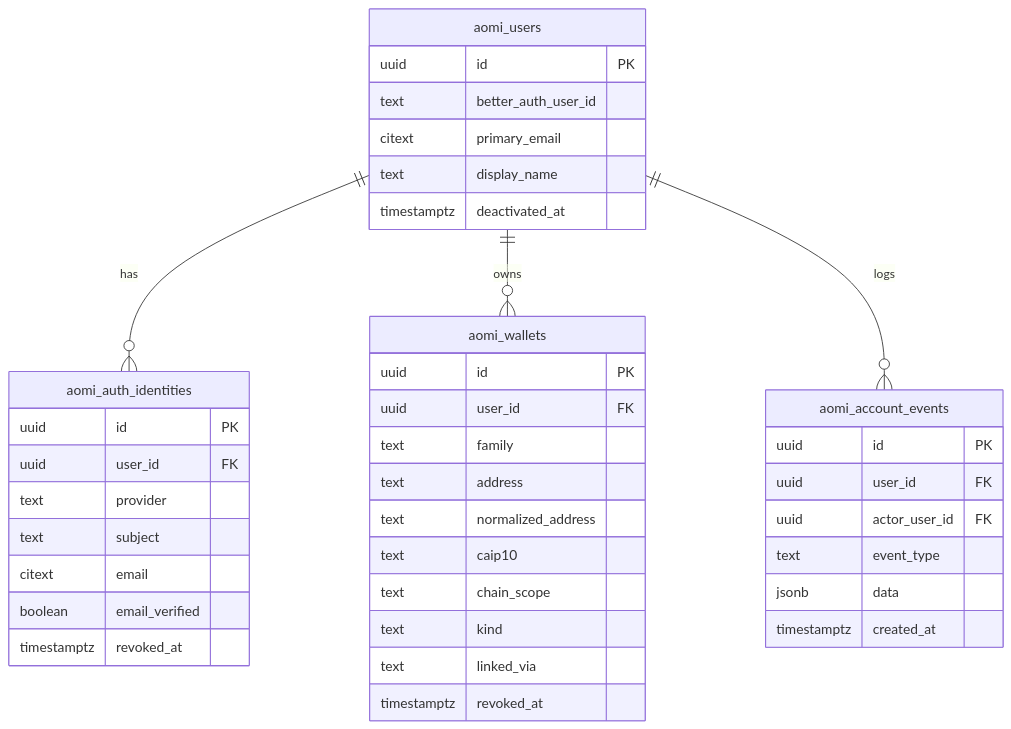
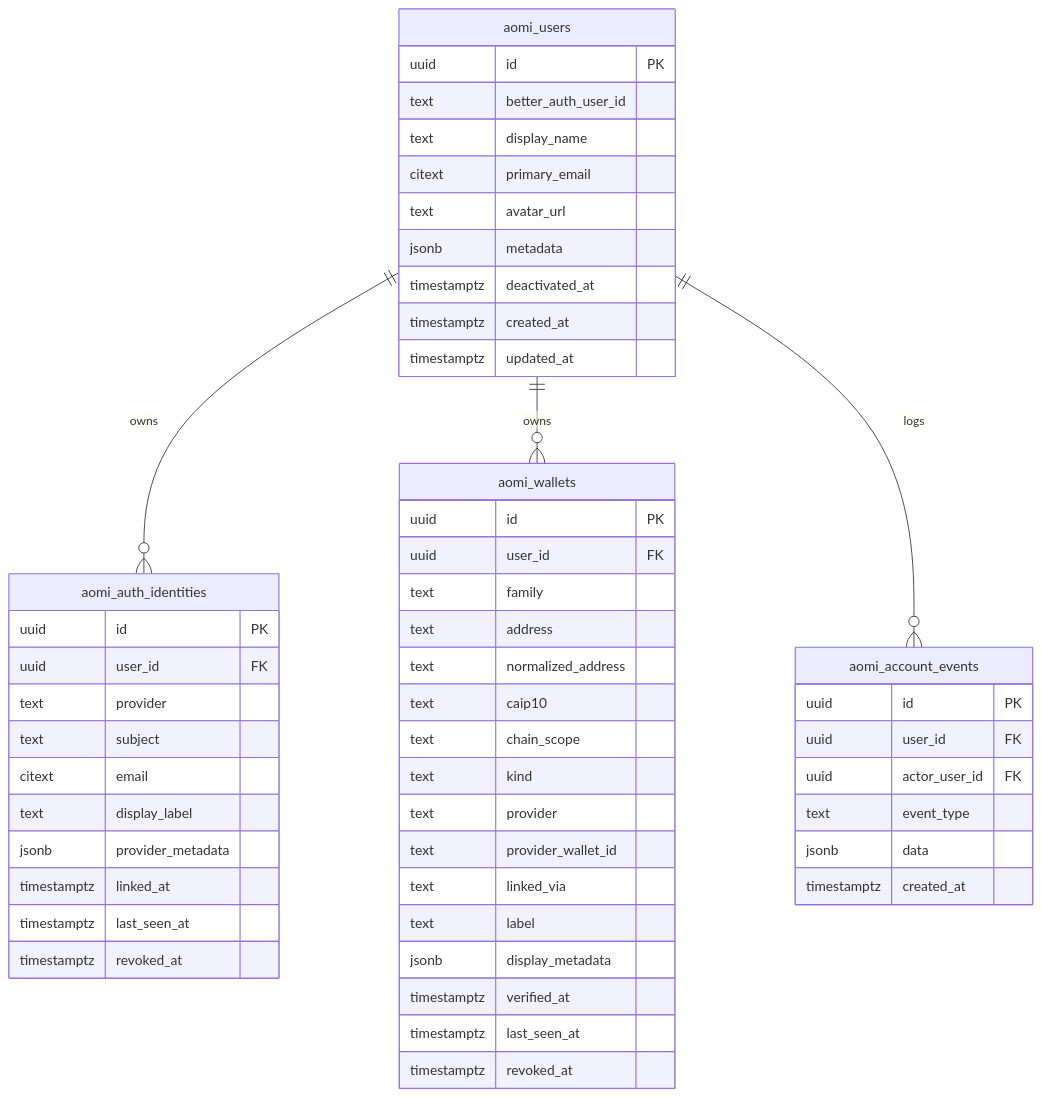
One commit to aomi-labs/aomi-widget changed the eighth of 8 diagrams in specs/WIDGET-AUTH-PLAN.md. Above: the diagram before and after it, drawn with Mermaid. The commit also changed other lines of this file and 48 other files, not shown here.

Commit message:
Clean up auth and add account deletion

````diff
--- a/specs/WIDGET-AUTH-PLAN.md
+++ b/specs/WIDGET-AUTH-PLAN.md
@@ -497,42 +487,59 @@
 ```mermaid
 erDiagram
-  aomi_users ||--o{ aomi_auth_identities : "has"
-  aomi_users ||--o{ aomi_wallets : "owns"
-  aomi_users ||--o{ aomi_account_events : "logs"
+  aomi_users ||--o{ aomi_auth_identities : owns
+  aomi_users ||--o{ aomi_wallets : owns
+  aomi_users ||--o{ aomi_account_events : logs
+
   aomi_users {
     uuid id PK
     text better_auth_user_id
+    text display_name
     citext primary_email
-    text display_name
+    text avatar_url
+    jsonb metadata
     timestamptz deactivated_at
+    timestamptz created_at
+    timestamptz updated_at
   }
+
   aomi_auth_identities {
     uuid id PK
     uuid user_id FK
     text provider
     text subject
     citext email
-    boolean email_verified
+    text display_label
+    jsonb provider_metadata
+    timestamptz linked_at
+    timestamptz last_seen_at
     timestamptz revoked_at
   }
+
   aomi_wallets {
     uuid id PK
     uuid user_id FK
     text family
     text address
     text normalized_address
     text caip10
     text chain_scope
     text kind
+    text provider
+    text provider_wallet_id
     text linked_via
+    text label
+    jsonb display_metadata
+    timestamptz verified_at
+    timestamptz last_seen_at
     timestamptz revoked_at
   }
+
   aomi_account_events {
     uuid id PK
     uuid user_id FK
     uuid actor_user_id FK
     text event_type
     jsonb data
     timestamptz created_at
   }
 ```
````
